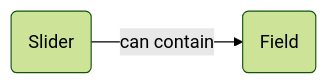
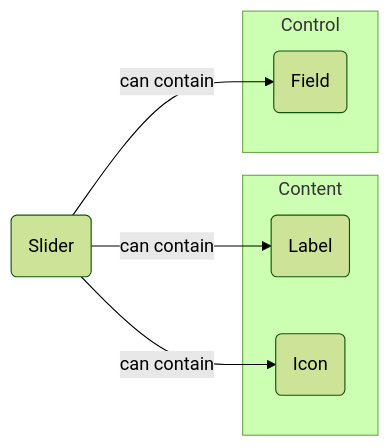
Diagram 20 of 39 in Components.md (incremental-design/seamlss-design-system), drawn with Mermaid (forest theme) before and after one commit. The commit also changed other lines of this file and 1 other file, not shown here.

````diff
--- a/Components.md
+++ b/Components.md
@@ -64,4 +285,11 @@
 	```mermaid
 	flowchart LR
-		SL(Slider) -- can contain --> FL(Field)
+		SL(Slider) -- can contain --> FL(Field) & L(Label) & I(Icon)
+	subgraph Content
+		L
+		I
+	end
+	subgraph Control
+		FL
+	end
 	```
````
